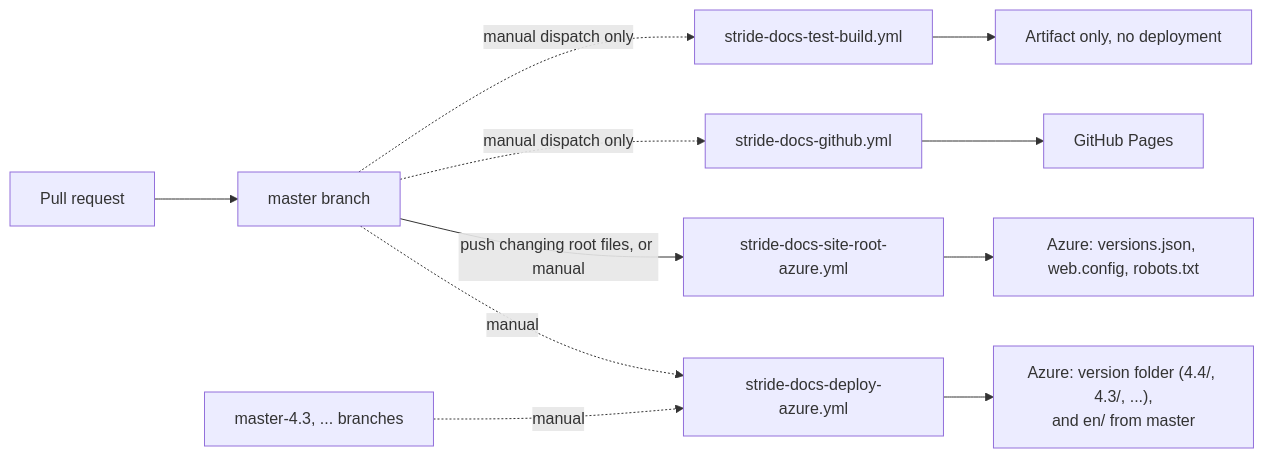
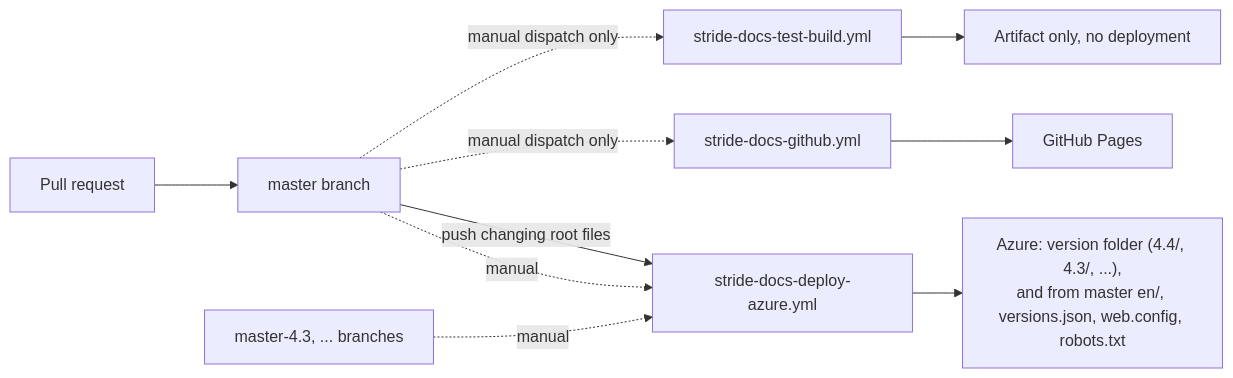
Before and after one commit to stride3d/stride-docs: the first of 3 diagrams in en/contributors/documentation/github-actions.md, drawn with Mermaid. The commit also changed other lines of this file and 6 other files, not shown here.

First line of the commit message:
Deploy workflow: the site root is a sections value (root), and all from master deploys it after en/

````diff
--- a/en/contributors/documentation/github-actions.md
+++ b/en/contributors/documentation/github-actions.md
@@ -16,14 +15,13 @@
 ``` mermaid
 flowchart LR
     PR[Pull request] --> master[master branch]
     master -.->|manual| WD[stride-docs-deploy-azure.yml]
     old[master-4.3, ... branches] -.->|manual| WD
-    master -->|push changing root files, or manual| WR[stride-docs-site-root-azure.yml]
+    master -->|push changing root files| WD
     master -.->|manual dispatch only| WG[stride-docs-github.yml]
     master -.->|manual dispatch only| WT[stride-docs-test-build.yml]
 
-    WD --> AV["Azure: version folder (4.4/, 4.3/, ...),<br/>and en/ from master"]
-    WR --> AR["Azure: versions.json, web.config, robots.txt"]
+    WD --> AV["Azure: version folder (4.4/, 4.3/, ...),<br/>and from master en/, versions.json, web.config, robots.txt"]
     WG --> GH[GitHub Pages]
     WT --> AA[Artifact only, no deployment]
 ```
````
